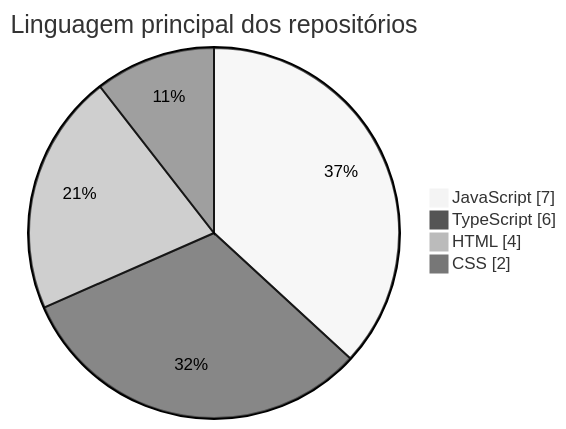
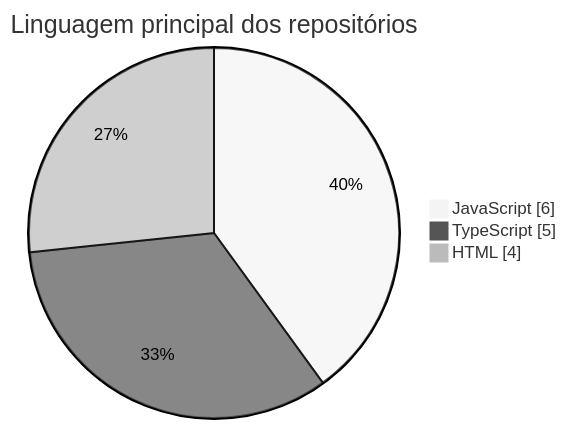
One commit to renanbarrostech-cmd/renanbarrostech-cmd changed the ninth of 14 diagrams in README.md. Above: the diagram before and after it, drawn with Mermaid (neutral theme). The commit also changed other lines of this file and 2 other files, not shown here.

````diff
--- a/README.md
+++ b/README.md
@@ -609,8 +609,7 @@
 ```mermaid
 pie showData
     title Linguagem principal dos repositórios
-    "JavaScript" : 7
-    "TypeScript" : 6
+    "JavaScript" : 6
+    "TypeScript" : 5
     "HTML" : 4
-    "CSS" : 2
 ```
````
